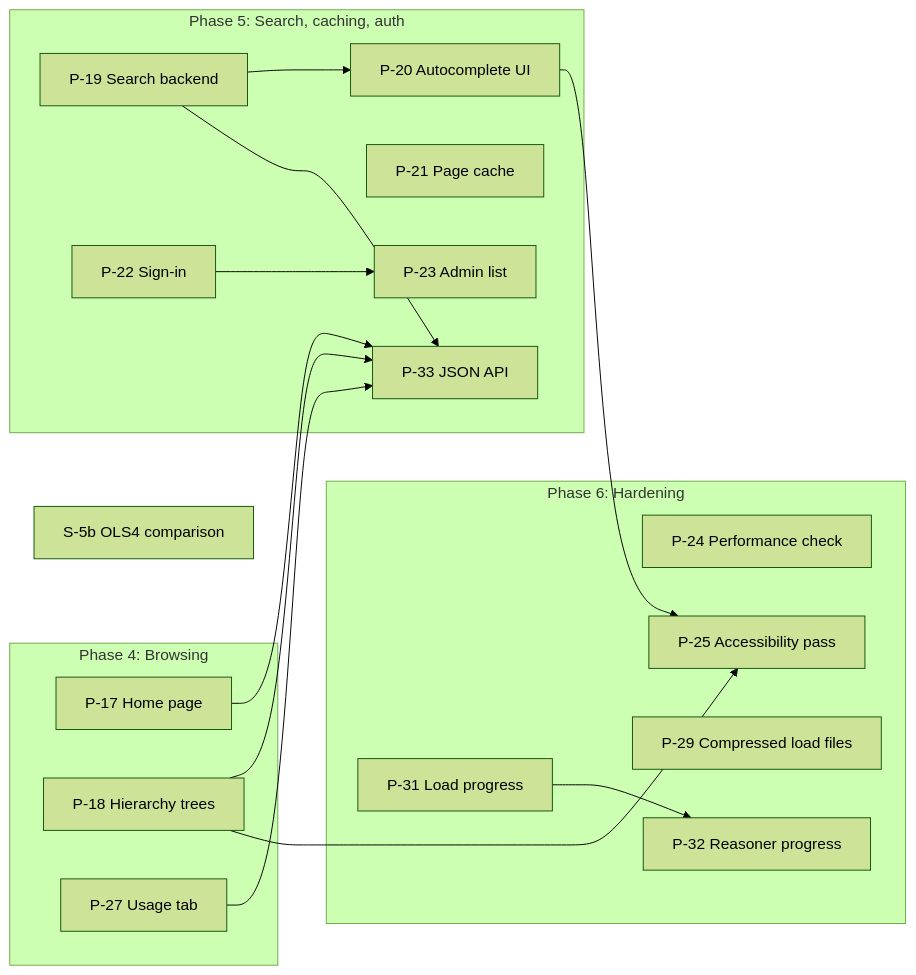
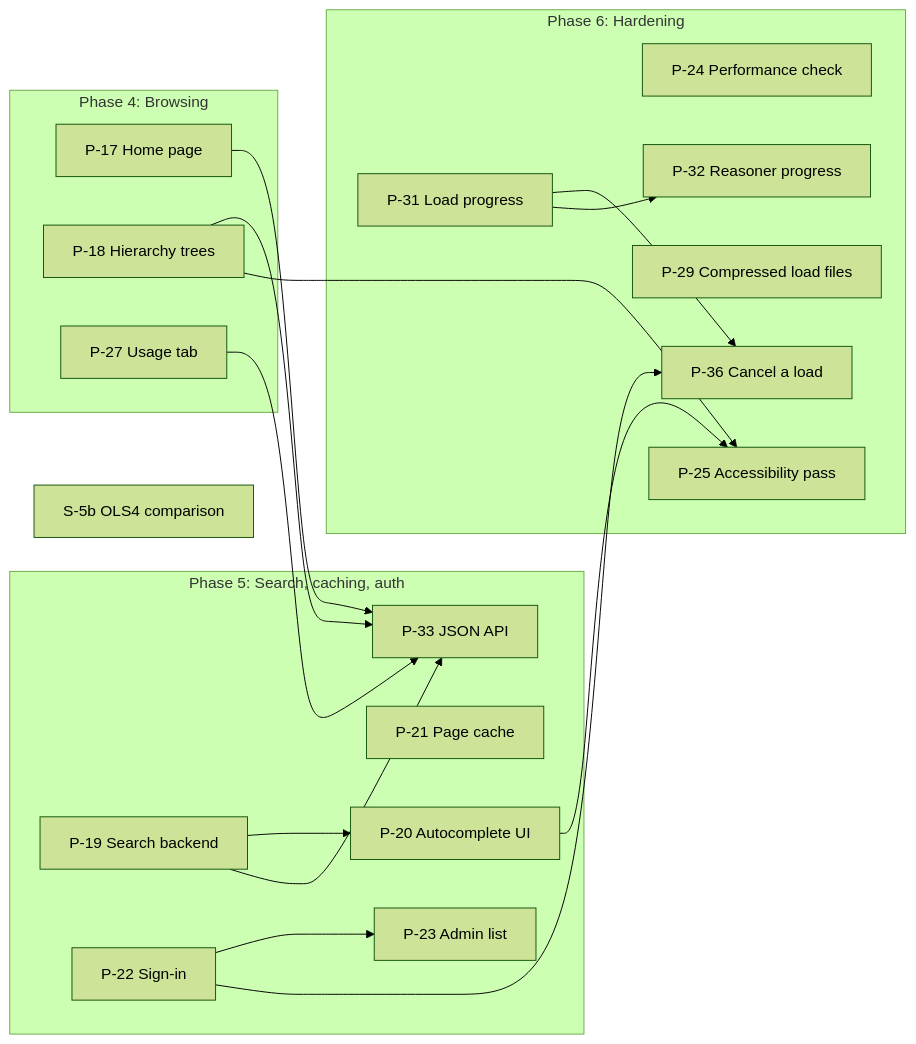
One commit to jclerman/browl changed the diagram in docs/DESIGN.md. Above: the diagram before and after it, drawn with Mermaid (forest theme). The commit also changed other lines of this file, not shown here.

Commit message:
DESIGN.md: load progress covers pre-caching hooks and background builds; P-36 cancels a load (A-10)

````diff
--- a/docs/DESIGN.md
+++ b/docs/DESIGN.md
@@ -1390,30 +1391,32 @@
 ```mermaid
 flowchart LR
     subgraph P4["Phase 4: Browsing"]
         P17["P-17 Home page"]
         P18["P-18 Hierarchy trees"]
         P27["P-27 Usage tab"]
     end
     subgraph P5["Phase 5: Search, caching, auth"]
         P19["P-19 Search backend"]
         P20["P-20 Autocomplete UI"]
         P21["P-21 Page cache"]
         P22["P-22 Sign-in"]
         P23["P-23 Admin list"]
         P33["P-33 JSON API"]
     end
     subgraph P6["Phase 6: Hardening"]
         P24["P-24 Performance check"]
         P25["P-25 Accessibility pass"]
         P29["P-29 Compressed load files"]
         P31["P-31 Load progress"]
         P32["P-32 Reasoner progress"]
+        P36["P-36 Cancel a load"]
     end
     S5b["S-5b OLS4 comparison"]
 
     P19 --> P20
     P17 & P18 & P19 & P27 --> P33
     P18 & P20 --> P25
     P22 --> P23
+    P22 & P31 --> P36
     P31 --> P32
 ```
````
